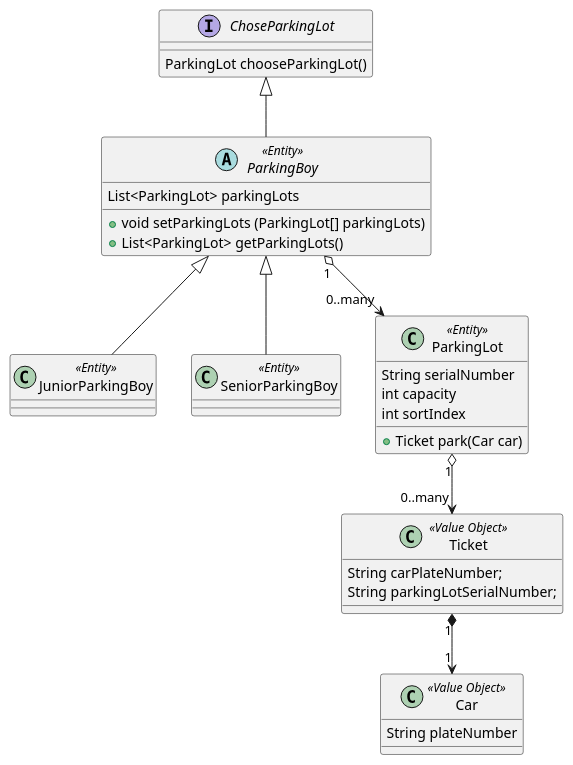
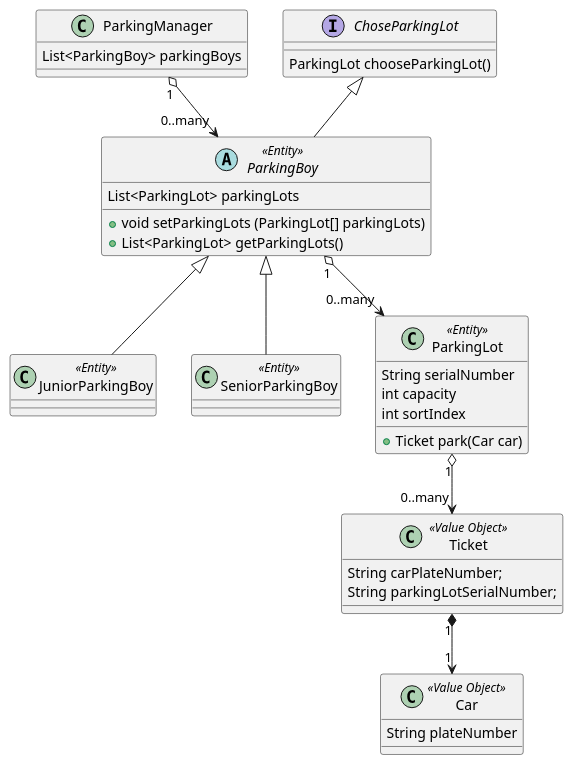
One commit to chenyu530324/ddd-workshop-parkingboy changed the diagram in ParkingLotsManagement.puml. Above: the diagram before and after it, drawn with PlantUML. The commit also changed 2 other files, not shown here.

Commit message:
Added ParkingManager

```diff
--- a/ParkingLotsManagement.puml
+++ b/ParkingLotsManagement.puml
@@ -1,48 +1,53 @@
 @startuml
+
+class ParkingManager {
+    List<ParkingBoy> parkingBoys
+}
 
 Interface ChoseParkingLot {
   ParkingLot chooseParkingLot()
 }
 
 Abstract Class ParkingBoy << Entity >> {
   List<ParkingLot> parkingLots
 
   + void setParkingLots (ParkingLot[] parkingLots)
   + List<ParkingLot> getParkingLots()
 }
 
 Class JuniorParkingBoy << Entity >> {
 
 }
 
 Class SeniorParkingBoy << Entity >> {
 
 }
 
 
 class ParkingLot << Entity >> {
   String serialNumber
   int capacity 
   int sortIndex
   + Ticket park(Car car)
 }
 
 Class Car << Value Object >> {
     String plateNumber
 }
 
 Class Ticket << Value Object >> {
   String carPlateNumber;
   String parkingLotSerialNumber;
 }
 
 Ticket "1" *--> "1" Car
 ParkingLot "1" o--> "0..many" Ticket
 ParkingBoy "1" o--> "0..many" ParkingLot
+ParkingManager "1" o--> "0..many" ParkingBoy
 ChoseParkingLot <|-- ParkingBoy
 ParkingBoy <|-- JuniorParkingBoy
 ParkingBoy <|-- SeniorParkingBoy
 
 
 
 @enduml
```
